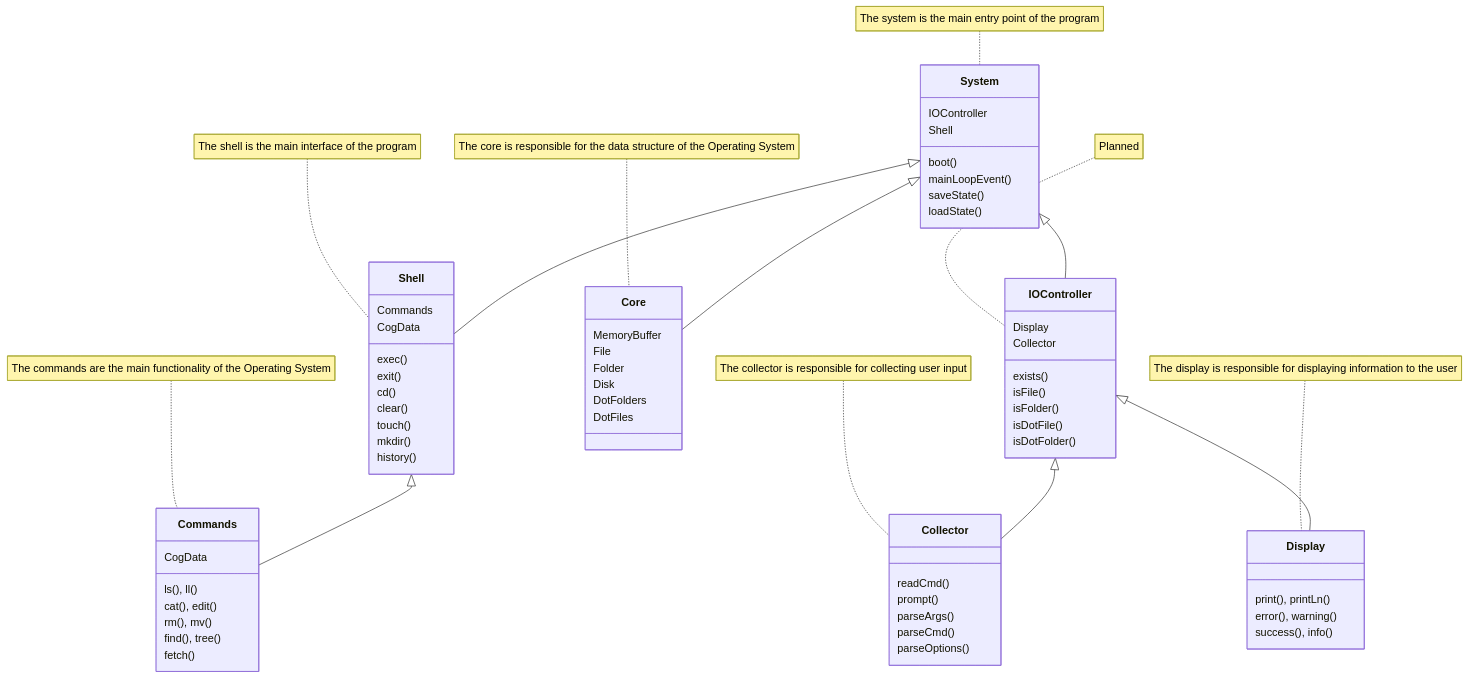
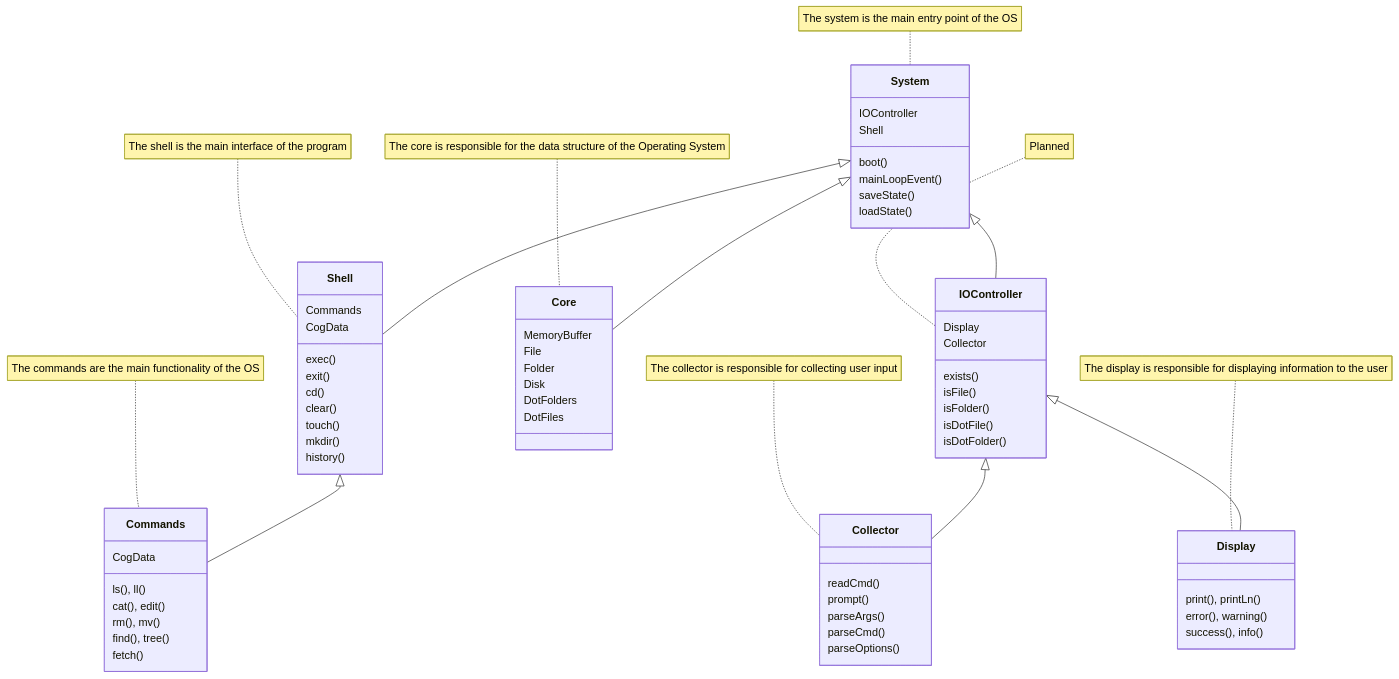
The diagram in README.md (OrbitalJin/73r-), drawn with Mermaid before and after one commit. The commit also changed other lines of this file and 6 other files, not shown here.

````diff
--- a/README.md
+++ b/README.md
@@ -7,80 +7,80 @@
 ```mermaid
 classDiagram
     class System {
         IOController
         Shell
         boot()
         mainLoopEvent()
         saveState()
         loadState()
     }
-    note for System "The system is the main entry point of the program"
+    note for System "The system is the main entry point of the OS"
 
     class Shell {
         Commands
         CogData
         exec()
         exit()
         cd()
         clear()
         touch()
         mkdir()
         history()
     }
     note for Shell "The shell is the main interface of the program"
 
     class Commands {
         CogData
         ls(), ll()
         cat(), edit()
         rm(), mv()
         find(), tree()
         fetch()
     }
-    note for Commands "The commands are the main functionality of the Operating System"
+    note for Commands "The commands are the main functionality of the OS"
 
     class IOController {
         Display
         Collector
         exists()
         isFile()
         isFolder()
         isDotFile()
         isDotFolder()
     }
     note for IOController "Planned"
 
     class Collector {
         readCmd()
         prompt()
         parseArgs()
         parseCmd()
         parseOptions()
     }
     note for Collector "The collector is responsible for collecting user input"
 
     class Display {
         print(), printLn()
         error(), warning()
         success(), info()
     }
     note for Display "The display is responsible for displaying information to the user"
 
     class Core {
         MemoryBuffer
         File
         Folder
         Disk
         DotFolders
         DotFiles
     }
     note for Core "The core is responsible for the data structure of the Operating System"
 
     System <|-- Shell
     System <|-- IOController
     System <|-- Core
     Shell <|-- Commands
     IOController <|-- Collector
     IOController <|-- Display
 
 ```
````
